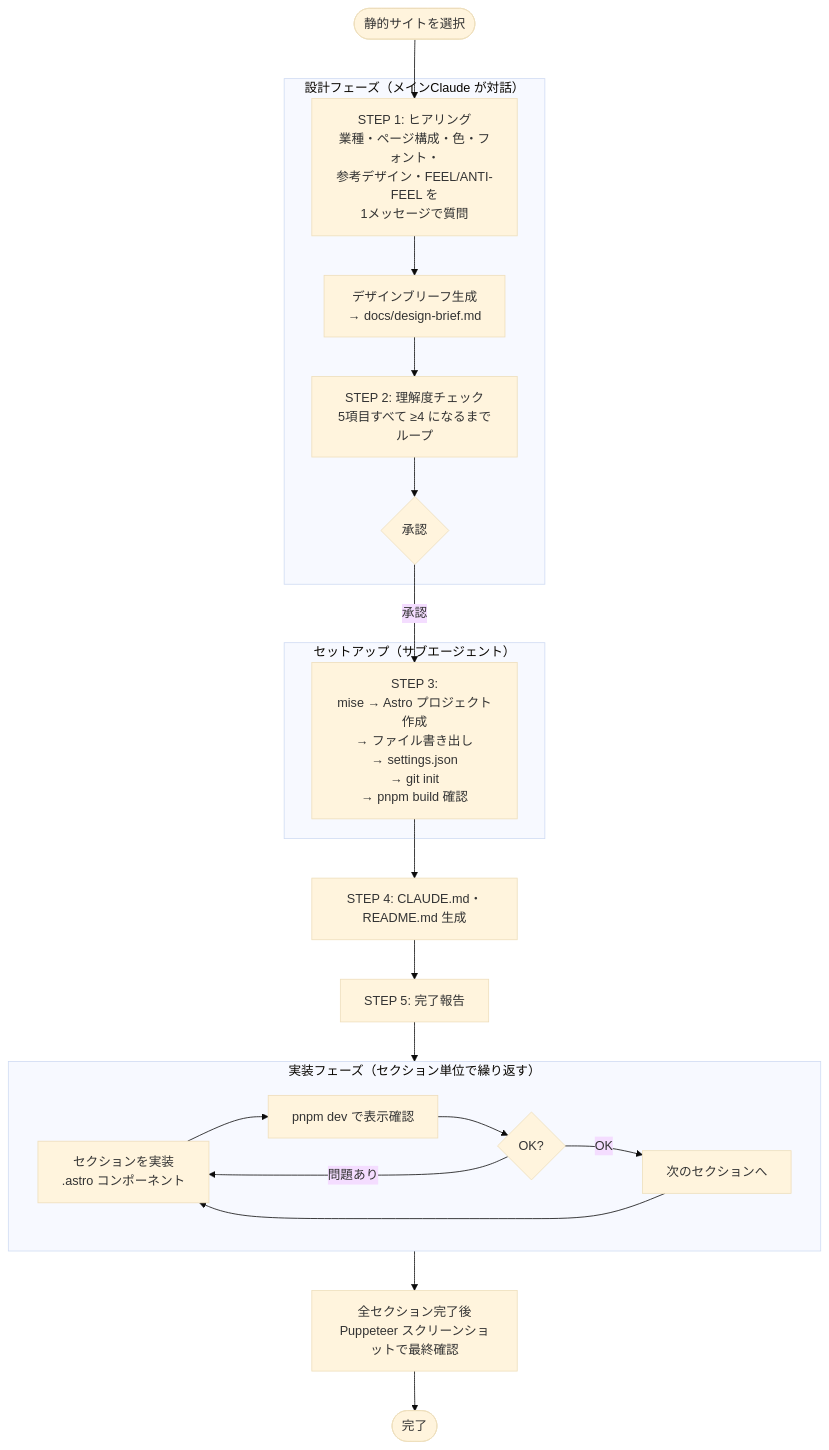
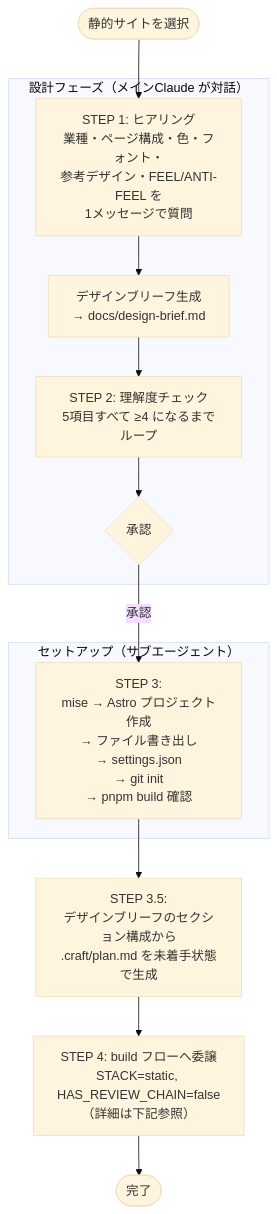
One commit to agaemo/dotfiles changed the fourth of 9 diagrams in claude/skills/craft/README.md. Above: the diagram before and after it, drawn with Mermaid (base theme). The commit also changed other lines of this file and 7 other files, not shown here.

````diff
--- a/claude/skills/craft/README.md
+++ b/claude/skills/craft/README.md
@@ -101,33 +126,21 @@
 ```mermaid
 flowchart TD
     START([静的サイトを選択]) --> S1
 
     subgraph DESIGN["設計フェーズ（メインClaude が対話）"]
         S1["STEP 1: ヒアリング\n業種・ページ構成・色・フォント・\n参考デザイン・FEEL/ANTI-FEEL を\n1メッセージで質問"]
         S1 --> S1B["デザインブリーフ生成\n→ docs/design-brief.md"]
         S1B --> S2["STEP 2: 理解度チェック\n5項目すべて ≥4 になるまでループ"]
         S2 --> GATE{承認}
     end
 
     GATE -->|承認| S3
 
     subgraph SETUP["セットアップ（サブエージェント）"]
         S3["STEP 3:\nmise → Astro プロジェクト作成\n→ ファイル書き出し\n→ settings.json\n→ git init\n→ pnpm build 確認"]
     end
 
-    S3 --> S4["STEP 4: CLAUDE.md・README.md 生成"]
-    S4 --> S5["STEP 5: 完了報告"]
-    S5 --> IMPL
-
-    subgraph IMPL["実装フェーズ（セクション単位で繰り返す）"]
-        direction LR
-        IA["セクションを実装\n.astro コンポーネント"] --> IB["pnpm dev で表示確認"]
-        IB --> IC{OK?}
-        IC -->|問題あり| IA
-        IC -->|OK| ID["次のセクションへ"]
-        ID --> IA
-    end
-
-    IMPL --> REVIEW["全セクション完了後\nPuppeteer スクリーンショットで最終確認"]
-    REVIEW --> END([完了])
+    S3 --> S35["STEP 3.5:\nデザインブリーフのセクション構成から\n.craft/plan.md を未着手状態で生成"]
+    S35 --> S4["STEP 4: build フローへ委譲\nSTACK=static, HAS_REVIEW_CHAIN=false\n（詳細は下記参照）"]
+    S4 --> END([完了])
 ```
````
